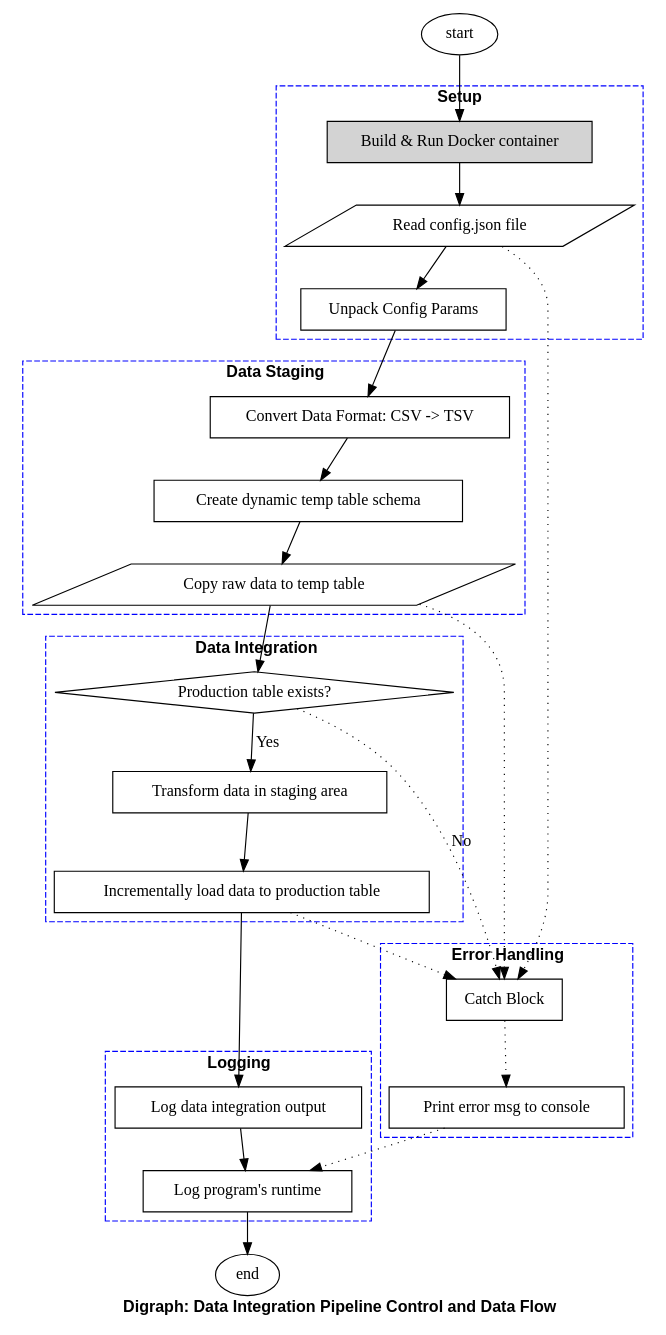
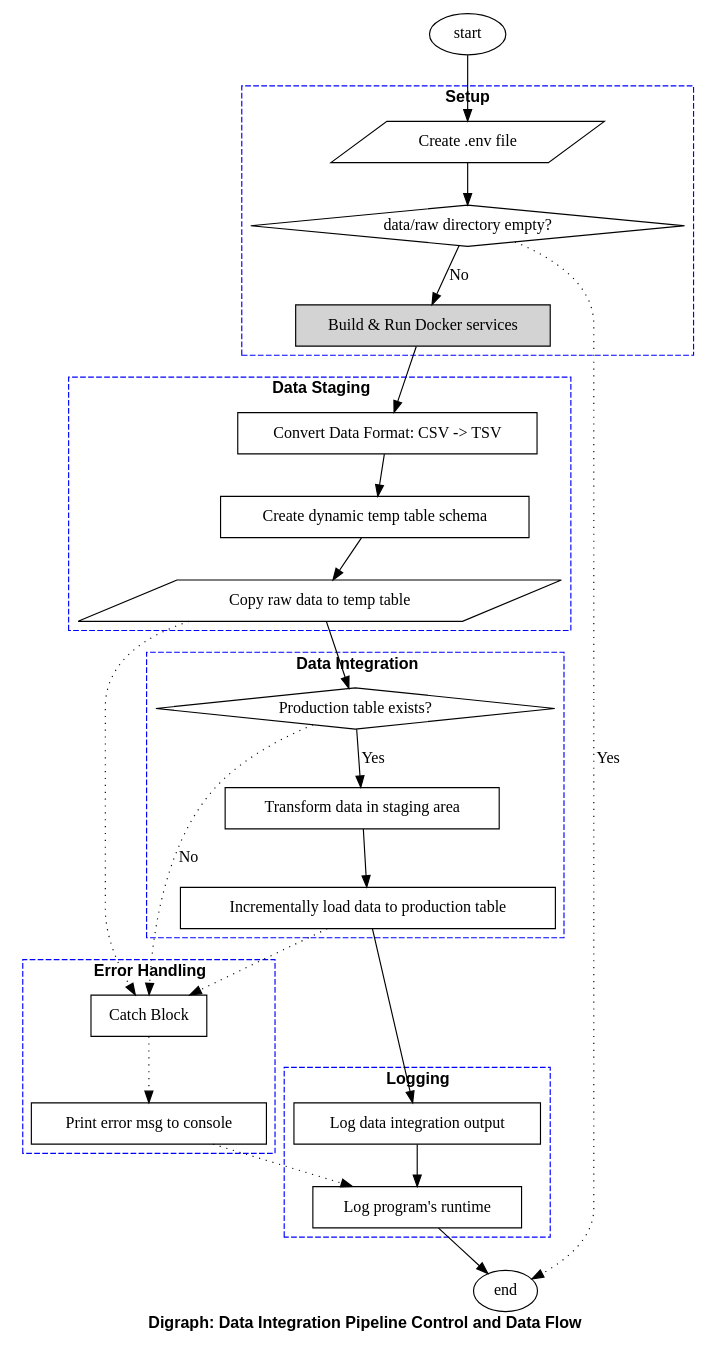
One commit to richardogoma/data-integration-pipeline changed the diagram in docs/data-integrator.gv. Above: the diagram before and after it, drawn with Graphviz. The commit also changed 9 other files, not shown here.

```diff
--- a/docs/data-integrator.gv
+++ b/docs/data-integrator.gv
@@ -1,63 +1,63 @@
 digraph DataIntegratorProgram {
     label=< <B>Digraph: Data Integration Pipeline Control and Data Flow</B> >;
     node [shape=box];
     fontname="Helvetica,Arial,sans-serif"
     color=blue
     style=dashed
 
     subgraph cluster_Setup {
         label=< <B>Setup</B> >;
-        RunDocker [label="Build & Run Docker container", shape="rectangle", style=filled];
-        ReadConfigFile [label="Read config.json file", shape="parallelogram"];
-        UnpackConfigParams [label="Unpack Config Params", shape="rectangle"];
+        CreateEnvFile [label="Create .env file", shape="parallelogram"];
+        ConfirmRawZone [label="data/raw directory empty?", shape="diamond"];
+        RunDocker [label="Build & Run Docker services", shape="rectangle", style=filled];
     }
 
     subgraph cluster_Staging {
         label=< <B>Data Staging</B> >;
         ChangeDataFormat [label="Convert Data Format: CSV -> TSV", shape="rectangle"];
         CreateSchema [label="Create dynamic temp table schema", shape="rectangle"];
         StageData [label="Copy raw data to temp table", shape="parallelogram"];
     }
 
     subgraph cluster_Integration {
         label=< <B>Data Integration</B> >;
         CheckProductionTable [label="Production table exists?", shape="diamond"];
         TransformStagedData [label="Transform data in staging area", shape="rectangle"];
         IntegrateData [label="Incrementally load data to production table", shape="rectangle"];
     }
 
     subgraph cluster_Logging {
         label=< <B>Logging</B> >;
         WriteFunction_DML [label="Log data integration output", shape="rectangle"];
         WriteFunction_Program [label="Log program's runtime", shape="rectangle"];
     }
 
     subgraph cluster_ErrorHandling {
         label=< <B>Error Handling</B> >;
         Catch [label="Catch Block", shape="rectangle"];
         PrintError [label="Print error msg to console", shape="rectangle"];
     }
 
     // Connections
-    start -> RunDocker;
-    RunDocker -> ReadConfigFile;
-    ReadConfigFile -> UnpackConfigParams;
-    UnpackConfigParams -> ChangeDataFormat;
+    start -> CreateEnvFile;
+    CreateEnvFile -> ConfirmRawZone;
+    ConfirmRawZone -> RunDocker [label="No"];
+    ConfirmRawZone -> end [label="Yes", style=dotted];
+    RunDocker -> ChangeDataFormat;
     ChangeDataFormat -> CreateSchema;
     CreateSchema -> StageData;
     StageData -> CheckProductionTable;
     CheckProductionTable -> TransformStagedData [label="Yes"];
     TransformStagedData -> IntegrateData;
     IntegrateData -> WriteFunction_DML;
     WriteFunction_DML -> WriteFunction_Program;
-    ReadConfigFile -> Catch [style=dotted];
     StageData -> Catch [style=dotted];
     IntegrateData -> Catch [style=dotted];
     CheckProductionTable -> Catch [label="No", style=dotted];
     Catch -> PrintError [style=dotted];
     PrintError -> WriteFunction_Program [style=dotted];
     WriteFunction_Program -> end
     
     start [shape=oval];
 	end [shape=oval];
 }
```
